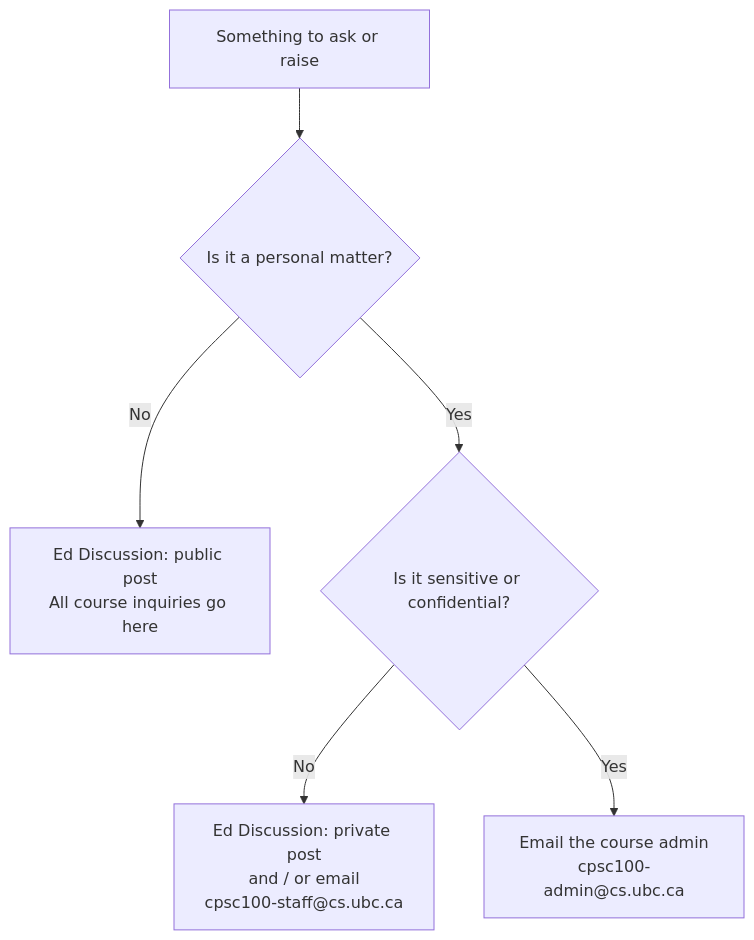
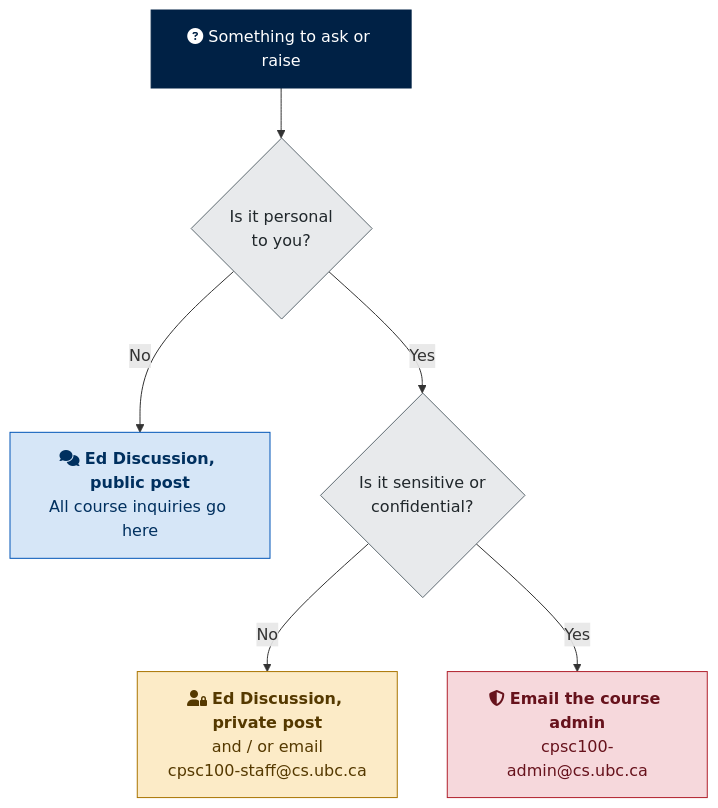
The diagram in docs/communication.md (Parsa-Rajabi/CPSC-100), drawn with Mermaid before and after one commit. The commit also changed other lines of this file, not shown here.

Commit message:
Add colours, icons, and alt text to the communication flowchart

````diff
--- a/docs/communication.md
+++ b/docs/communication.md
@@ -14,8 +14,31 @@
 ```mermaid
 flowchart TD
-    Q["Something to ask or raise"] --> P{"Is it a personal matter?"}
-    P -- No --> PUB["Ed Discussion: public post<br/>All course inquiries go here"]
-    P -- Yes --> S{"Is it sensitive or confidential?"}
-    S -- No --> STAFF["Ed Discussion: private post<br/>and / or email<br/>cpsc100-staff@cs.ubc.ca"]
-    S -- Yes --> ADMIN["Email the course admin<br/>cpsc100-admin@cs.ubc.ca"]
+    accTitle: CPSC 100 communication routing
+    accDescr {
+      A decision chart with three outcomes. Start with anything you need to ask or raise.
+      If it is not personal to you, post publicly on Ed Discussion, which is where all
+      course inquiries go. If it is personal but not sensitive, use a private Ed
+      Discussion post and/or email the course staff address. If it is sensitive or
+      confidential, email the course admin address instead.
+    }
+
+    Q["fa:fa-circle-question Something to ask or raise"] --> P{"Is it personal<br/>to you?"}
+
+    P -- No --> PUB["fa:fa-comments <b>Ed Discussion, public post</b><br/>All course inquiries go here"]
+    P -- Yes --> S{"Is it sensitive or<br/>confidential?"}
+
+    S -- No --> STAFF["fa:fa-user-lock <b>Ed Discussion, private post</b><br/>and / or email<br/>cpsc100-staff@cs.ubc.ca"]
+    S -- Yes --> ADMIN["fa:fa-shield-halved <b>Email the course admin</b><br/>cpsc100-admin@cs.ubc.ca"]
+
+    classDef startNode fill:#002145,stroke:#002145,color:#FFFFFF
+    classDef decision  fill:#E8EAEC,stroke:#5E6A71,color:#20272B
+    classDef public    fill:#D6E6F7,stroke:#0055B7,color:#00305F
+    classDef personal  fill:#FCEBC7,stroke:#A97400,color:#553900
+    classDef sensitive fill:#F6D8DC,stroke:#B0202C,color:#67121C
+
+    class Q startNode
+    class P,S decision
+    class PUB public
+    class STAFF personal
+    class ADMIN sensitive
 ```
````
